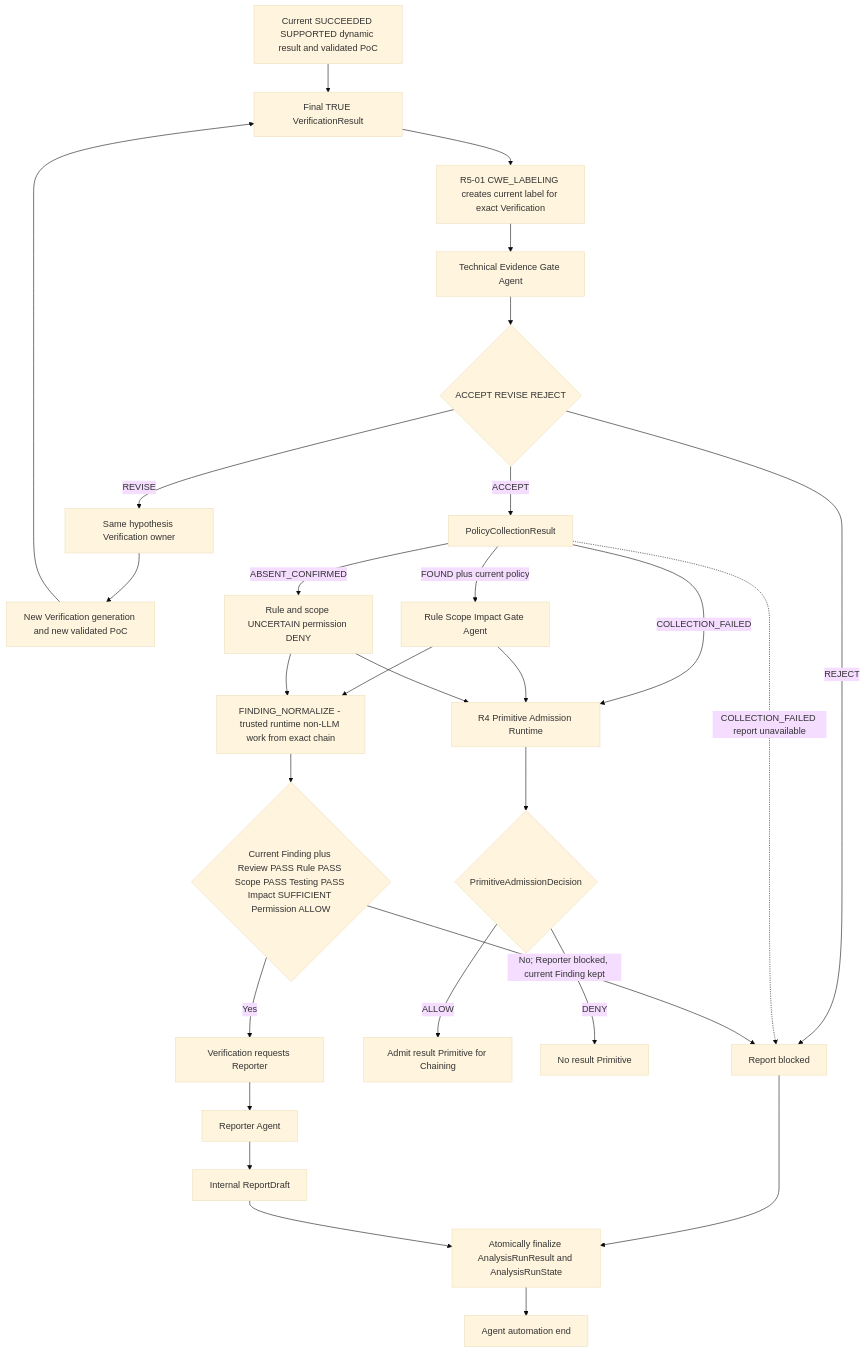
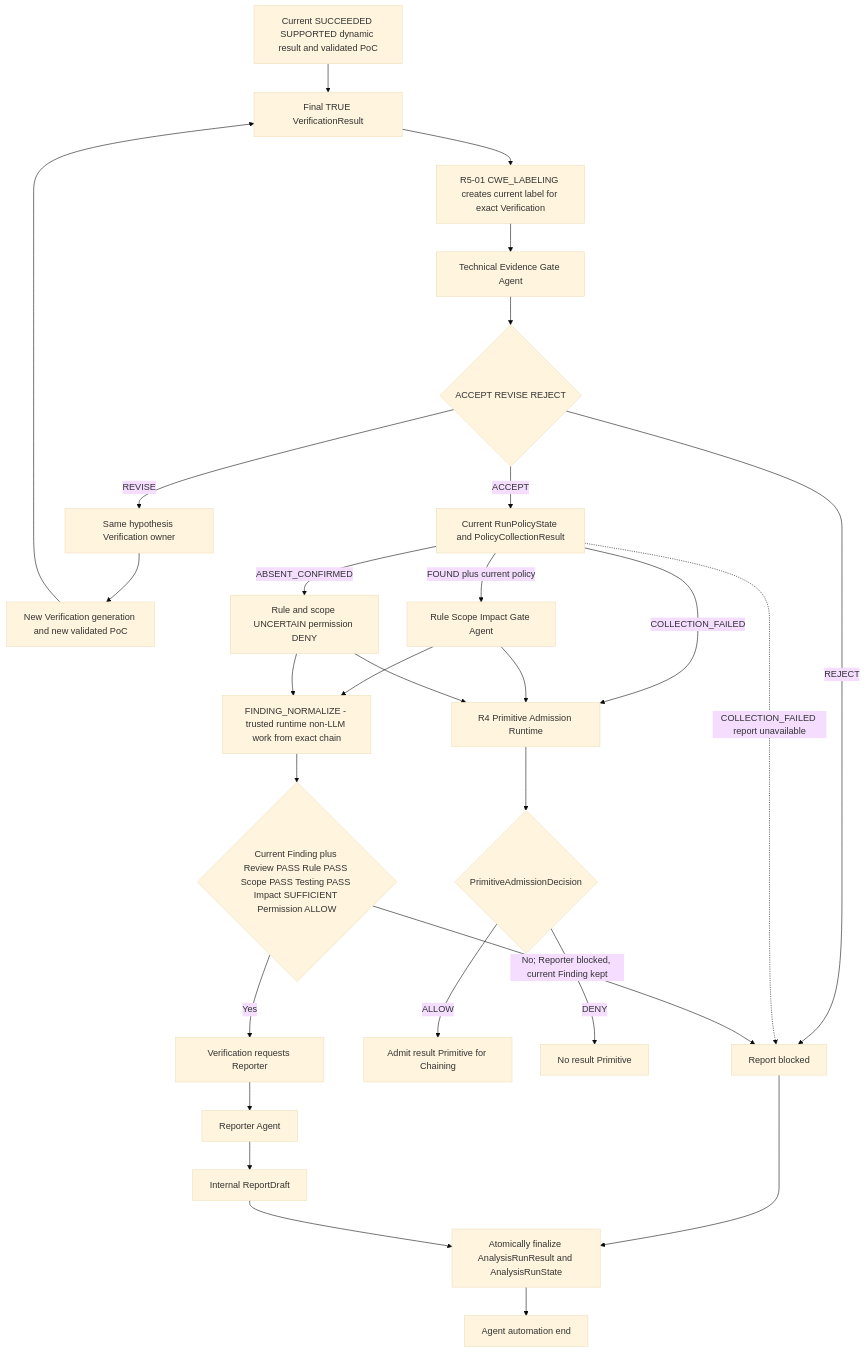
The sixth of 13 diagrams in docs/architecture-v5/13-architecture-diagrams.md (SASTsimi/sastsimi), drawn with Mermaid (base theme) before and after one commit. The commit also changed other lines of this file and 23 other files, not shown here.

Commit message:
docs: prepare policy once per analysis run

````diff
--- a/docs/architecture-v5/13-architecture-diagrams.md
+++ b/docs/architecture-v5/13-architecture-diagrams.md
@@ -262,31 +268,31 @@
 ```mermaid
 flowchart TB
     DYN[Current SUCCEEDED SUPPORTED dynamic result and validated PoC] --> VR[Final TRUE VerificationResult]
     VR --> CWE[R5-01 CWE_LABELING creates current label for exact Verification]
     CWE --> TECH[Technical Evidence Gate Agent]
     TECH --> TS{ACCEPT REVISE REJECT}
     TS -->|REVISE| BACK[Same hypothesis Verification owner]
     BACK --> NEWGEN[New Verification generation and new validated PoC]
     NEWGEN --> VR
     TS -->|REJECT| BLOCK[Report blocked]
-    TS -->|ACCEPT| COLLECT[PolicyCollectionResult]
+    TS -->|ACCEPT| COLLECT[Current RunPolicyState and PolicyCollectionResult]
     COLLECT -->|FOUND plus current policy| RULE[Rule Scope Impact Gate Agent]
     COLLECT -->|ABSENT_CONFIRMED| UNCERTAIN[Rule and scope UNCERTAIN permission DENY]
     COLLECT -->|COLLECTION_FAILED| ARUN[R4 Primitive Admission Runtime]
     RULE --> ARUN
     UNCERTAIN --> ARUN
     ARUN --> ADEC{PrimitiveAdmissionDecision}
     ADEC -->|ALLOW| PRIMITIVE[Admit result Primitive for Chaining]
     ADEC -->|DENY| NOPRIMITIVE[No result Primitive]
     COLLECT -. COLLECTION_FAILED report unavailable .-> BLOCK
     RULE --> NORMF[FINDING_NORMALIZE - trusted runtime non-LLM work from exact chain]
     UNCERTAIN --> NORMF
     NORMF --> READY{Current Finding plus Review PASS Rule PASS Scope PASS Testing PASS Impact SUFFICIENT Permission ALLOW}
     READY -->|No; Reporter blocked, current Finding kept| BLOCK
     READY -->|Yes| RREQ[Verification requests Reporter]
     RREQ --> REPORTER[Reporter Agent]
     REPORTER --> DRAFT[Internal ReportDraft]
     BLOCK --> FINAL[Atomically finalize AnalysisRunResult and AnalysisRunState]
     DRAFT --> FINAL
     FINAL --> END[Agent automation end]
 ```
````
